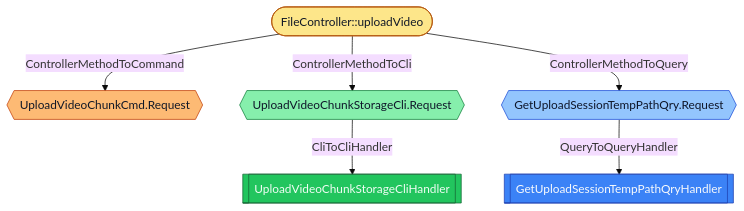
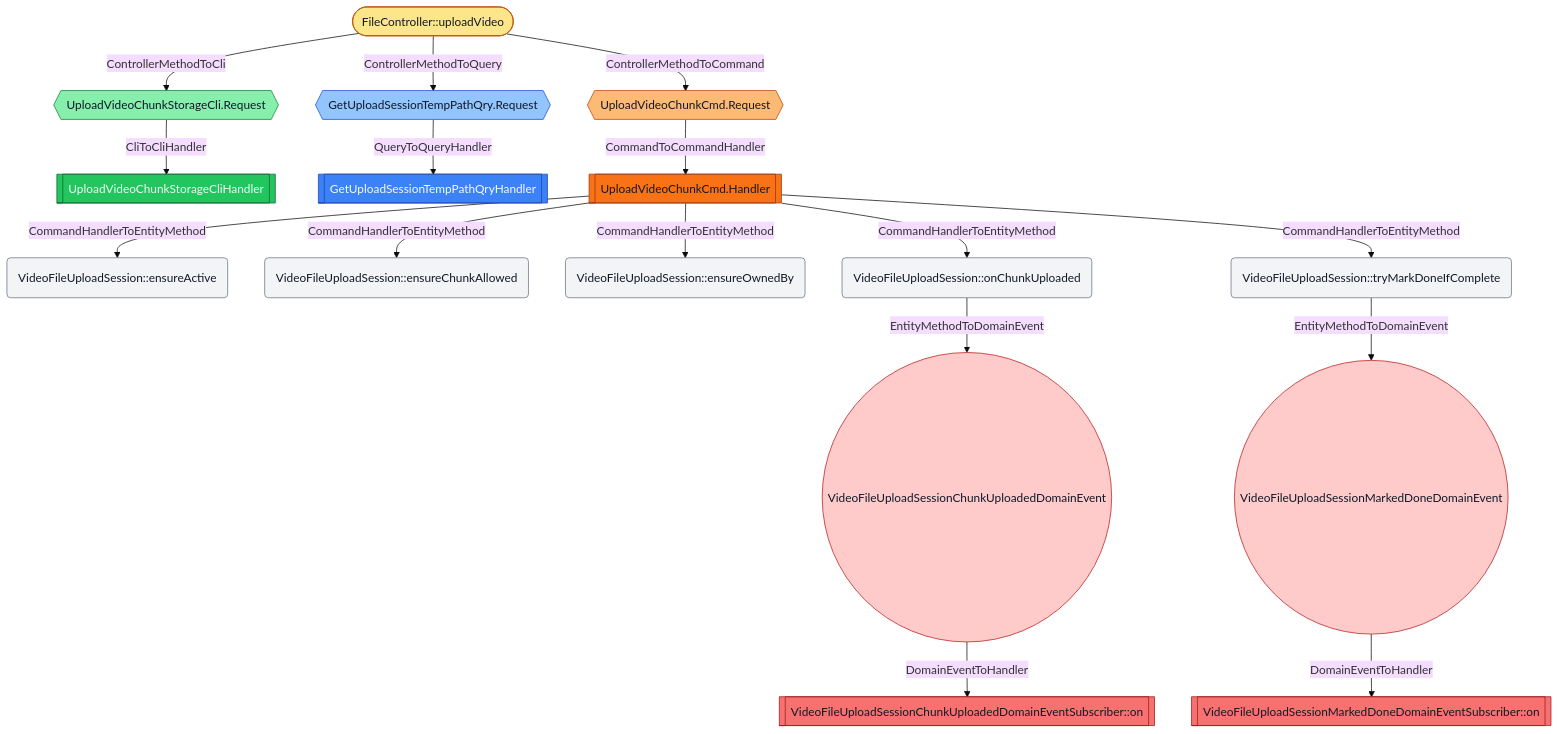
Before and after one commit to LDmoxeii/only-danmuku: the diagram in flows/edu_only4_danmuku_adapter_portal_api_web_FileController_uploadVideo.mmd, drawn with Mermaid (base theme). The commit also changed 64 other files, not shown here.

```diff
--- a/flows/edu_only4_danmuku_adapter_portal_api_web_FileController_uploadVideo.mmd
+++ b/flows/edu_only4_danmuku_adapter_portal_api_web_FileController_uploadVideo.mmd
@@ -1,24 +1,58 @@
 flowchart TD
   N1[[UploadVideoChunkStorageCliHandler]]
   class N1 clihandler
   N2[[GetUploadSessionTempPathQryHandler]]
   class N2 queryhandler
   N3([FileController::uploadVideo])
   class N3 controllermethod
-  N4{{UploadVideoChunkCmd.Request}}
-  class N4 command
-  N5{{UploadVideoChunkStorageCli.Request}}
-  class N5 cli
-  N6{{GetUploadSessionTempPathQry.Request}}
-  class N6 query
-  N3 -->|ControllerMethodToCommand| N4
-  N3 -->|ControllerMethodToCli| N5
-  N3 -->|ControllerMethodToQuery| N6
-  N5 -->|CliToCliHandler| N1
-  N6 -->|QueryToQueryHandler| N2
+  N4[[UploadVideoChunkCmd.Handler]]
+  class N4 commandhandler
+  N5{{UploadVideoChunkCmd.Request}}
+  class N5 command
+  N6{{UploadVideoChunkStorageCli.Request}}
+  class N6 cli
+  N7{{GetUploadSessionTempPathQry.Request}}
+  class N7 query
+  N8[[VideoFileUploadSessionChunkUploadedDomainEventSubscriber::on]]
+  class N8 domaineventhandler
+  N9[[VideoFileUploadSessionMarkedDoneDomainEventSubscriber::on]]
+  class N9 domaineventhandler
+  N10(VideoFileUploadSession::ensureActive)
+  class N10 entitymethod
+  N11(VideoFileUploadSession::ensureChunkAllowed)
+  class N11 entitymethod
+  N12(VideoFileUploadSession::ensureOwnedBy)
+  class N12 entitymethod
+  N13(VideoFileUploadSession::onChunkUploaded)
+  class N13 entitymethod
+  N14(VideoFileUploadSession::tryMarkDoneIfComplete)
+  class N14 entitymethod
+  N15((VideoFileUploadSessionChunkUploadedDomainEvent))
+  class N15 domainevent
+  N16((VideoFileUploadSessionMarkedDoneDomainEvent))
+  class N16 domainevent
+  N3 -->|ControllerMethodToCommand| N5
+  N3 -->|ControllerMethodToCli| N6
+  N3 -->|ControllerMethodToQuery| N7
+  N4 -->|CommandHandlerToEntityMethod| N10
+  N4 -->|CommandHandlerToEntityMethod| N11
+  N4 -->|CommandHandlerToEntityMethod| N12
+  N4 -->|CommandHandlerToEntityMethod| N13
+  N4 -->|CommandHandlerToEntityMethod| N14
+  N5 -->|CommandToCommandHandler| N4
+  N6 -->|CliToCliHandler| N1
+  N7 -->|QueryToQueryHandler| N2
+  N13 -->|EntityMethodToDomainEvent| N15
+  N14 -->|EntityMethodToDomainEvent| N16
+  N15 -->|DomainEventToHandler| N8
+  N16 -->|DomainEventToHandler| N9
   classDef cli fill:#86EFAC,stroke:#15803D,color:#0F172A
   classDef clihandler fill:#22C55E,stroke:#166534,color:#F0FDF4
   classDef command fill:#FDBA74,stroke:#C2410C,color:#111827
+  classDef commandhandler fill:#F97316,stroke:#9A3412,color:#111827
   classDef controllermethod fill:#FDE68A,stroke:#B45309,color:#111827
+  classDef domainevent fill:#FECACA,stroke:#B91C1C,color:#111827
+  classDef domaineventhandler fill:#F87171,stroke:#991B1B,color:#111827
+  classDef entitymethod fill:#F3F4F6,stroke:#6B7280,color:#111827
   classDef query fill:#93C5FD,stroke:#1D4ED8,color:#0F172A
   classDef queryhandler fill:#3B82F6,stroke:#1E40AF,color:#F8FAFC
```
